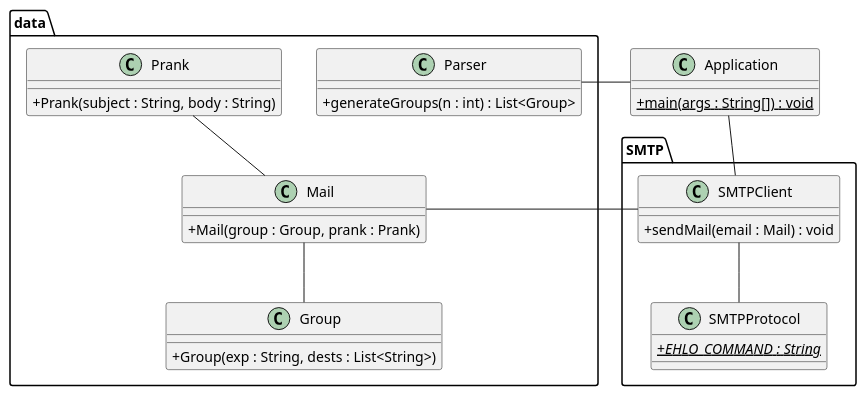
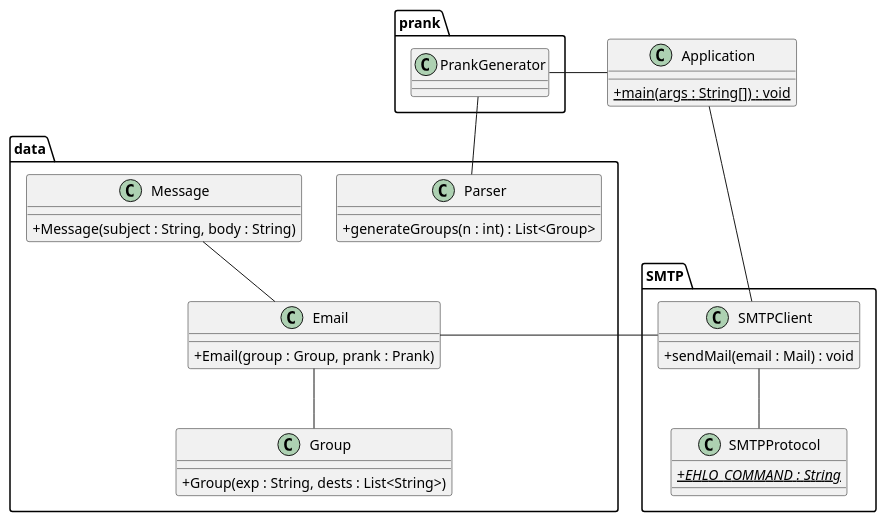
The diagram in figures/classes.plantuml (Daxidz/pr4nkM4st3rZ), drawn with PlantUML before and after one commit.

Commit message:
Updated classes diagram

```diff
--- a/figures/classes.plantuml
+++ b/figures/classes.plantuml
@@ -1,48 +1,58 @@
 @startuml
 
 skinparam classAttributeIconSize 0
 
 class Application {
     + {static} main(args : String[]) : void
 }
 
 package data {
 
     class Group {
         + Group(exp : String, dests : List<String>)
     }
 
-    class Mail {
-        + Mail(group : Group, prank : Prank)
+    class Email {
+        + Email(group : Group, prank : Prank)
     }
 
     class Parser {
         + generateGroups(n : int) : List<Group>
     }
 
-    class Prank {
-        + Prank(subject : String, body : String)
+    class Message {
+        + Message(subject : String, body : String)
     }
 
-    Mail -- Group
-    Prank -- Mail
+    Email -- Group
+    Message -- Email
+}
+
+package prank {
+
+    class PrankGenerator {
+
+    }
+
+    PrankGenerator -- Parser
+
 }
 
 package SMTP {
 
     class SMTPClient {
         + sendMail(email : Mail) : void
     }
 
     class SMTPProtocol {
         + <i>{static} EHLO_COMMAND : String</i>
     }
 
     SMTPClient -- SMTPProtocol
-    Mail - SMTPClient
+    Email - SMTPClient
 }
 
 Application - SMTPClient
-Application - Parser
+Application - PrankGenerator
 
 @end
```
